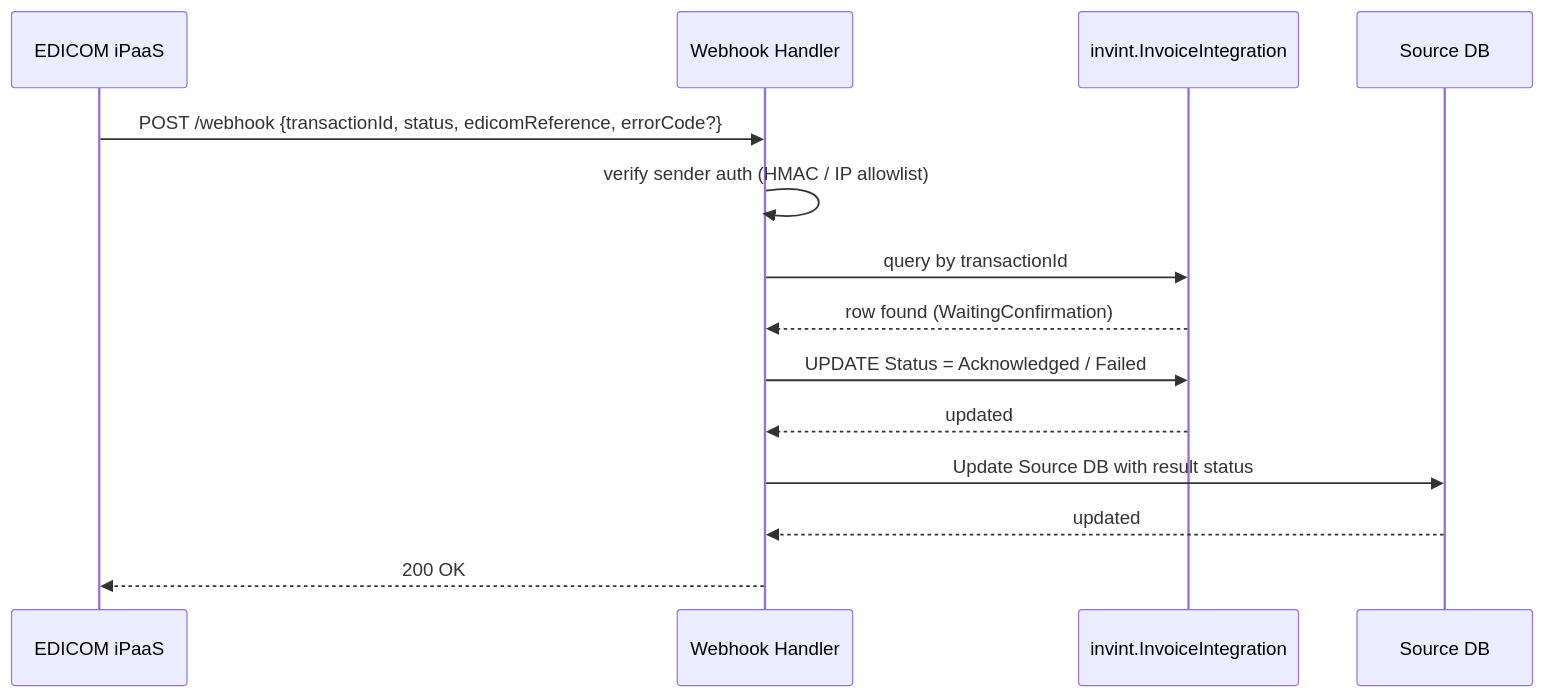
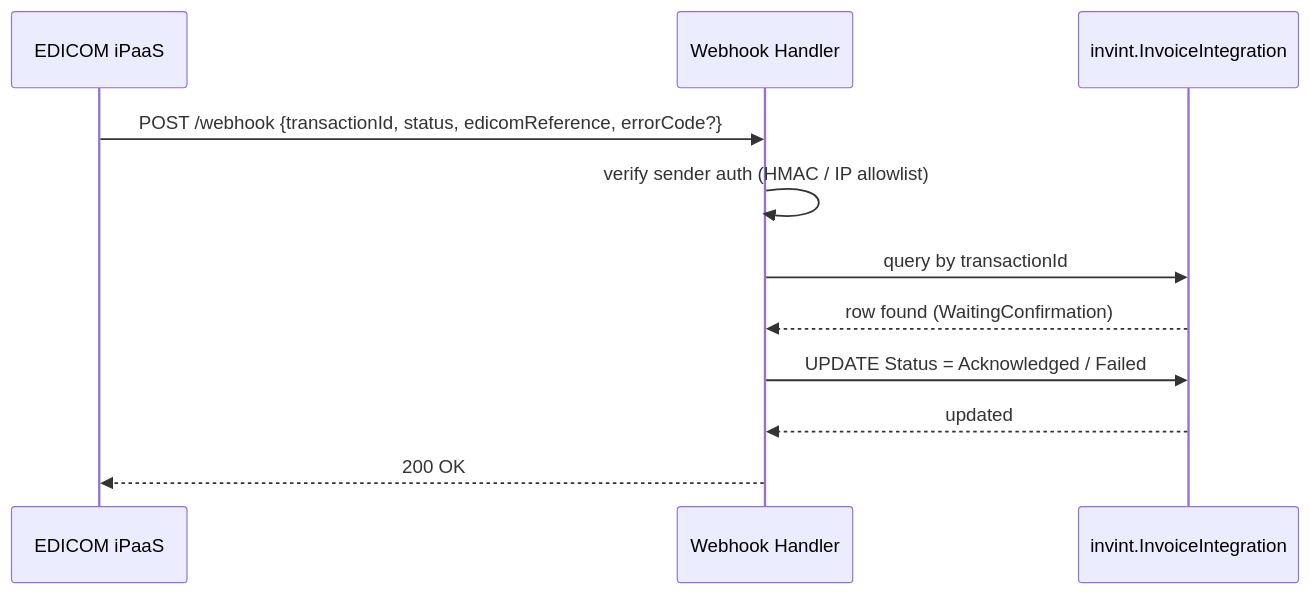
One commit to ctorresunimag95/Designs changed the fifth of 6 diagrams in InvoiceIntegrator/ADR-001-EDICOM-Invoice-Integration-Service.md. Above: the diagram before and after it, drawn with Mermaid. The commit also changed other lines of this file and 1 other file, not shown here.

````diff
--- a/InvoiceIntegrator/ADR-001-EDICOM-Invoice-Integration-Service.md
+++ b/InvoiceIntegrator/ADR-001-EDICOM-Invoice-Integration-Service.md
@@ -263,17 +234,14 @@
 ```mermaid
 sequenceDiagram
   participant Edicom as EDICOM iPaaS
   participant WH as Webhook Handler
   participant IntDB as invint.InvoiceIntegration
-  participant SrcDB as Source DB
 
   Edicom->>WH: POST /webhook {transactionId, status, edicomReference, errorCode?}
   WH->>WH: verify sender auth (HMAC / IP allowlist)
   WH->>IntDB: query by transactionId
   IntDB-->>WH: row found (WaitingConfirmation)
   WH->>IntDB: UPDATE Status = Acknowledged / Failed
   IntDB-->>WH: updated
-  WH->>SrcDB: Update Source DB with result status
-  SrcDB-->>WH: updated
   WH-->>Edicom: 200 OK
 ```
````
